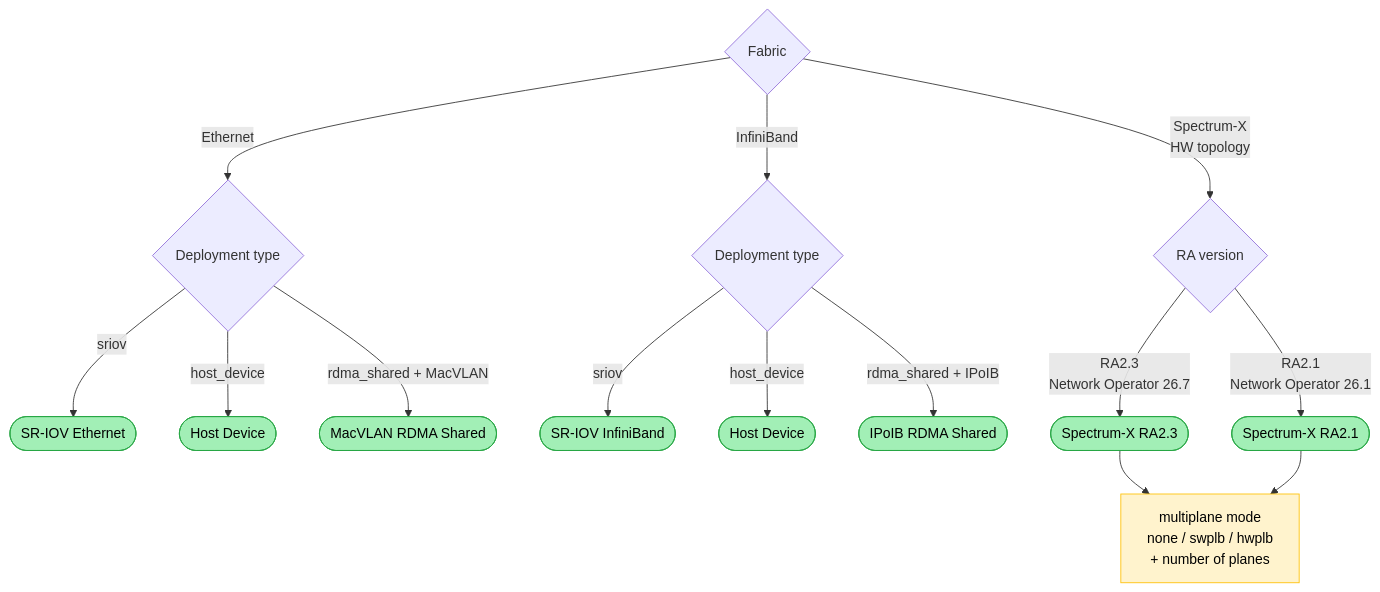
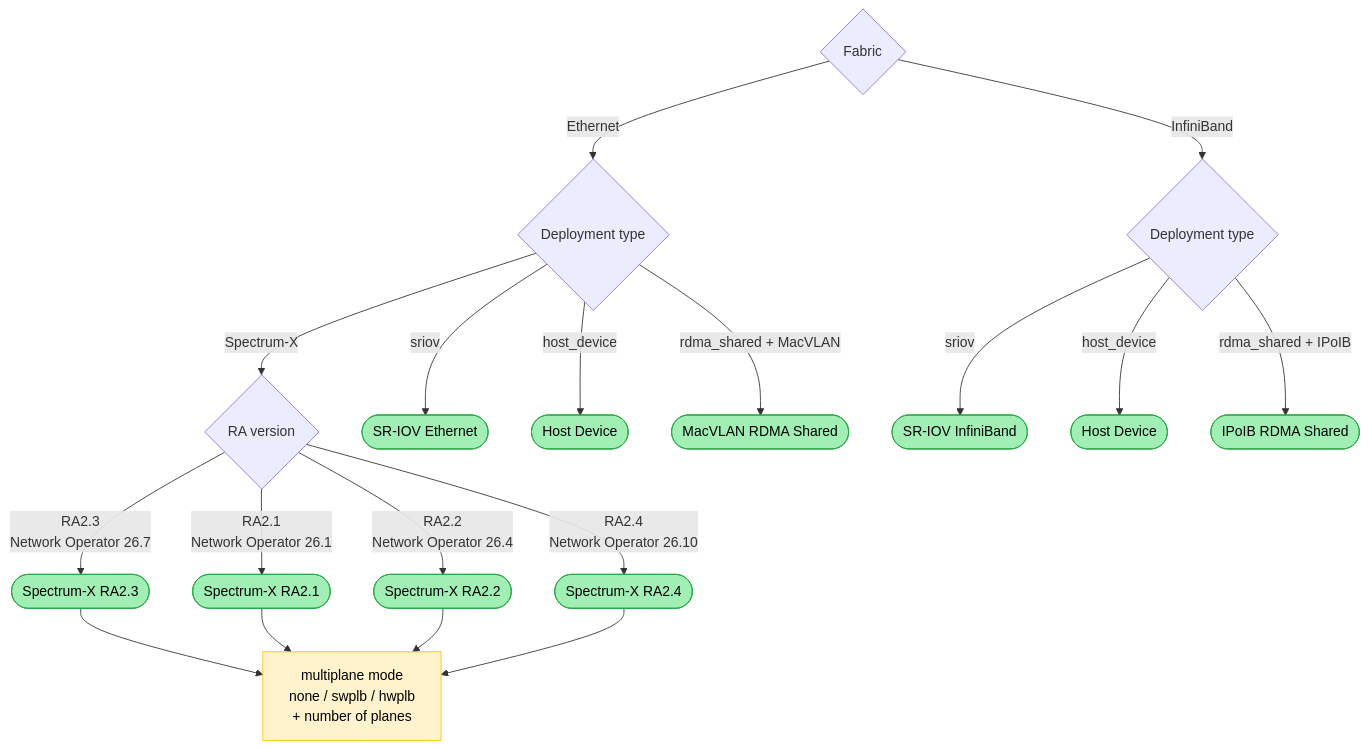
The diagram in docs/k8s-launch-kit/profiles/profiles.rst (Mellanox/network-operator-docs), drawn with Mermaid before and after one commit. The commit also changed other lines of this file and 29 other files, not shown here.

```diff
--- a/docs/k8s-launch-kit/profiles/profiles.rst
+++ b/docs/k8s-launch-kit/profiles/profiles.rst
@@ -51,25 +51,29 @@
 .. mermaid::
 
    flowchart TD
        Start{Fabric}
        Start -->|Ethernet| EthDT{Deployment type}
        Start -->|InfiniBand| IBDT{Deployment type}
-       Start -->|Spectrum-X<br/>HW topology| SPCXRA{RA version}
+       EthDT -->|Spectrum-X| SPCXRA{RA version}
 
        EthDT -->|sriov| SRIOVE([SR-IOV Ethernet])
        EthDT -->|host_device| HDE([Host Device])
        EthDT -->|rdma_shared + MacVLAN| MV([MacVLAN RDMA Shared])
 
        IBDT -->|sriov| SRIOVIB([SR-IOV InfiniBand])
        IBDT -->|host_device| HDI([Host Device])
        IBDT -->|rdma_shared + IPoIB| IPOIB([IPoIB RDMA Shared])
 
+       SPCXRA -->|RA2.4<br/>Network Operator 26.10| SX4([Spectrum-X RA2.4])
+       SPCXRA -->|RA2.2<br/>Network Operator 26.4| SX2([Spectrum-X RA2.2])
        SPCXRA -->|RA2.3<br/>Network Operator 26.7| SX3([Spectrum-X RA2.3])
        SPCXRA -->|RA2.1<br/>Network Operator 26.1| SX1([Spectrum-X RA2.1])
        SX3 --> MPM[multiplane mode<br/>none / swplb / hwplb<br/>+ number of planes]
        SX1 --> MPM
+       SX2 --> MPM
+       SX4 --> MPM
 
        classDef profile fill:#a2efb6,stroke:#28a745,color:#000
        classDef params fill:#fff3cd,stroke:#ffc107,color:#000
-       class SRIOVE,HDE,MV,SRIOVIB,HDI,IPOIB,SX1,SX3 profile
+       class SRIOVE,HDE,MV,SRIOVIB,HDI,IPOIB,SX1,SX2,SX3,SX4 profile
        class MPM params
```
